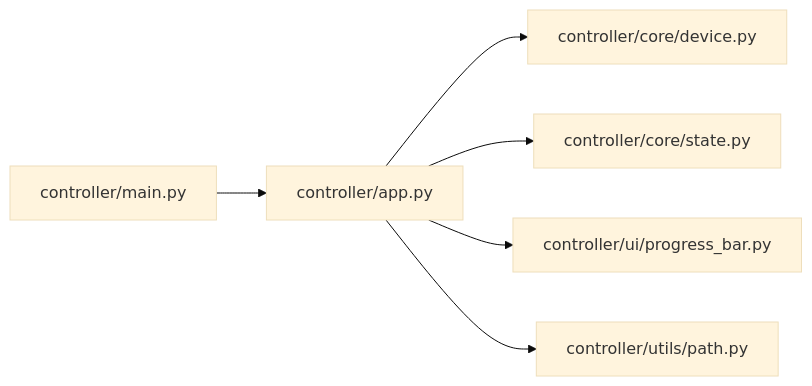
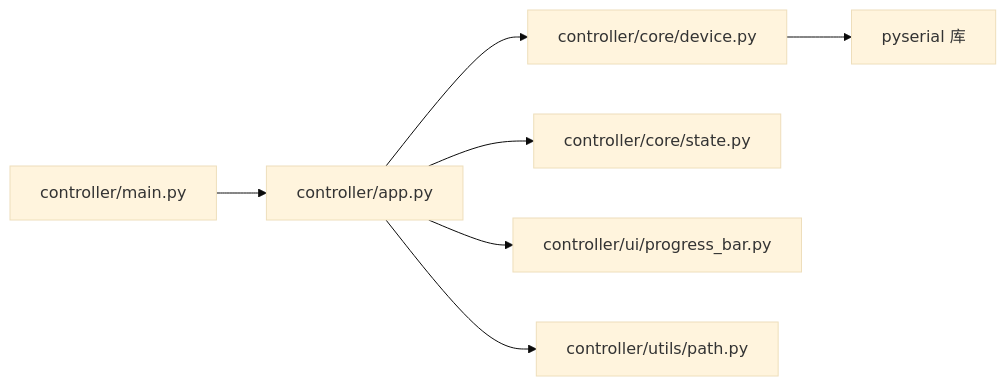
Before and after one commit to Hankun-P/wireless-keyboard-toy: the fifth of 5 diagrams in .qoder/repowiki/zh/content/桌面应用架构/应用程序入口.md, drawn with Mermaid (base theme). The commit also changed other lines of this file and 11 other files, not shown here.

````diff
--- a/.qoder/repowiki/zh/content/桌面应用架构/应用程序入口.md
+++ b/.qoder/repowiki/zh/content/桌面应用架构/应用程序入口.md
@@ -195,8 +230,9 @@
 ```mermaid
 graph LR
 MAIN["controller/main.py"] --> APP["controller/app.py"]
 APP --> DEVICE["controller/core/device.py"]
 APP --> STATE["controller/core/state.py"]
 APP --> PROG["controller/ui/progress_bar.py"]
 APP --> PATH["controller/utils/path.py"]
+DEVICE --> SERIAL["pyserial 库"]
 ```
````
